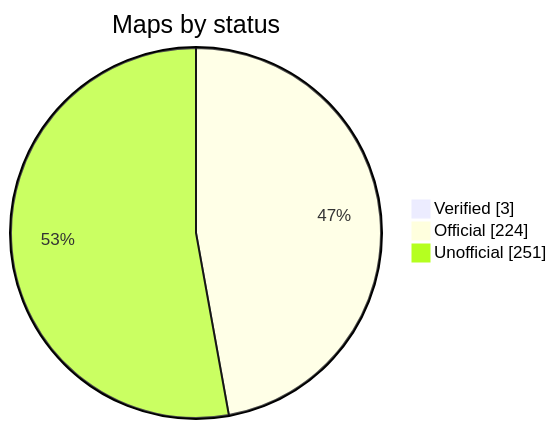
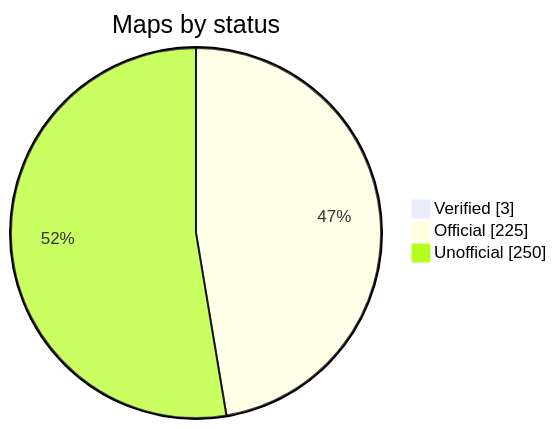
One commit to nobrega8/mbmap-library changed the diagram in README.md. Above: the diagram before and after it, drawn with Mermaid. The commit also changed 2 other files, not shown here.

Commit message:
Rewrite the Siemens Sentron PAC2200 map from the manufacturer's manual

````diff
--- a/README.md
+++ b/README.md
@@ -48,7 +48,7 @@
 ```mermaid
 pie showData
     title Maps by status
     "Verified" : 3
-    "Official" : 224
-    "Unofficial" : 251
+    "Official" : 225
+    "Unofficial" : 250
 ```
````
